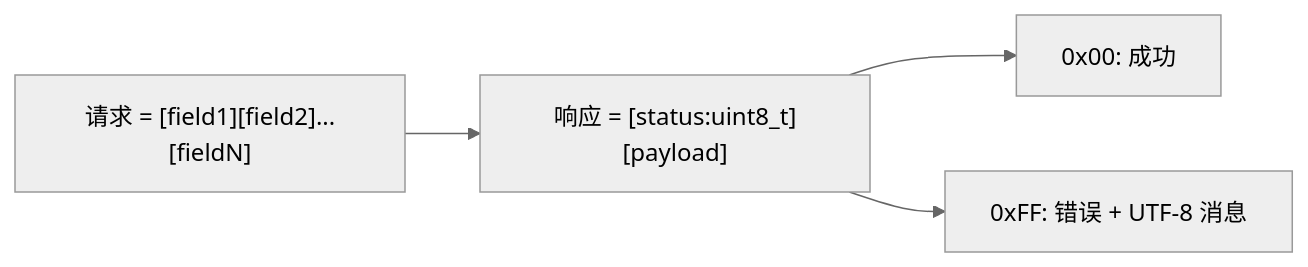
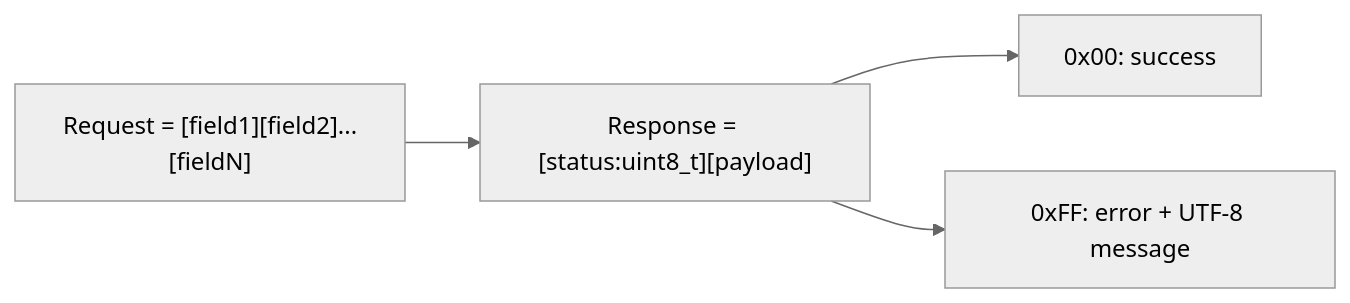
One commit to PassByYou888/LingoFuse-Tools changed the sixth of 6 diagrams in src/pascal_c_to_abi/code_decl_to_abi_OPERATIONS.md. Above: the diagram before and after it, drawn with Mermaid (neutral theme). The commit also changed other lines of this file, not shown here.

````diff
--- a/src/pascal_c_to_abi/code_decl_to_abi_OPERATIONS.md
+++ b/src/pascal_c_to_abi/code_decl_to_abi_OPERATIONS.md
@@ -1248,6 +1267,6 @@
 ```mermaid
 flowchart LR
-    A["请求 = [field1][field2]...[fieldN]"] --> B["响应 = [status:uint8_t][payload]"]
-    B --> C["0x00: 成功"]
-    B --> D["0xFF: 错误 + UTF-8 消息"]
+    A["Request = [field1][field2]...[fieldN]"] --> B["Response = [status:uint8_t][payload]"]
+    B --> C["0x00: success"]
+    B --> D["0xFF: error + UTF-8 message"]
 ```
````
